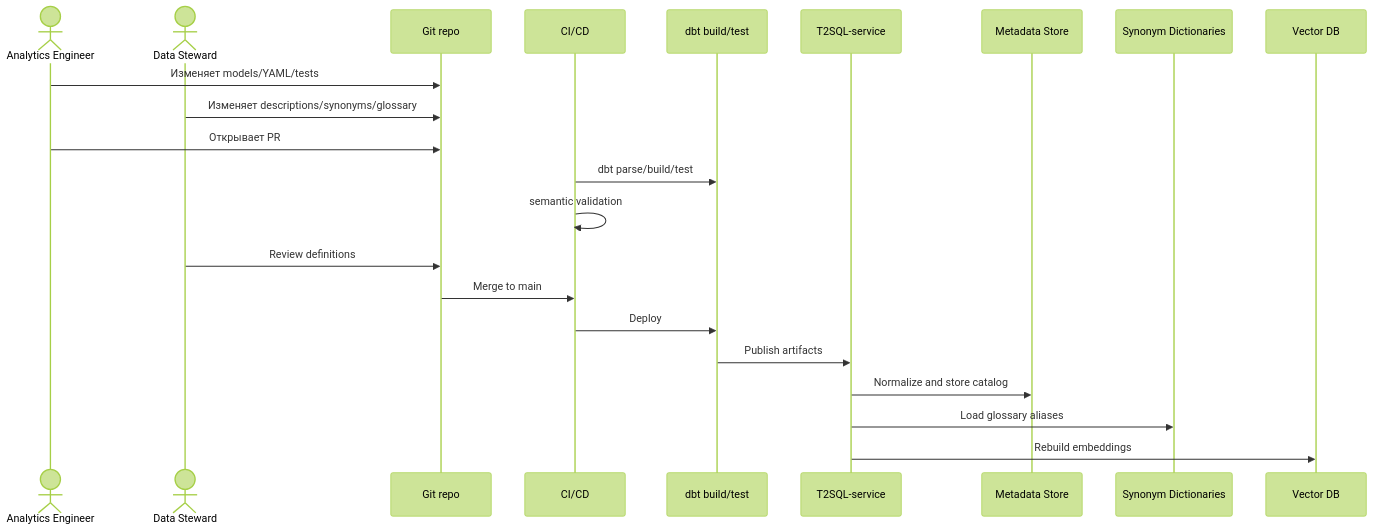
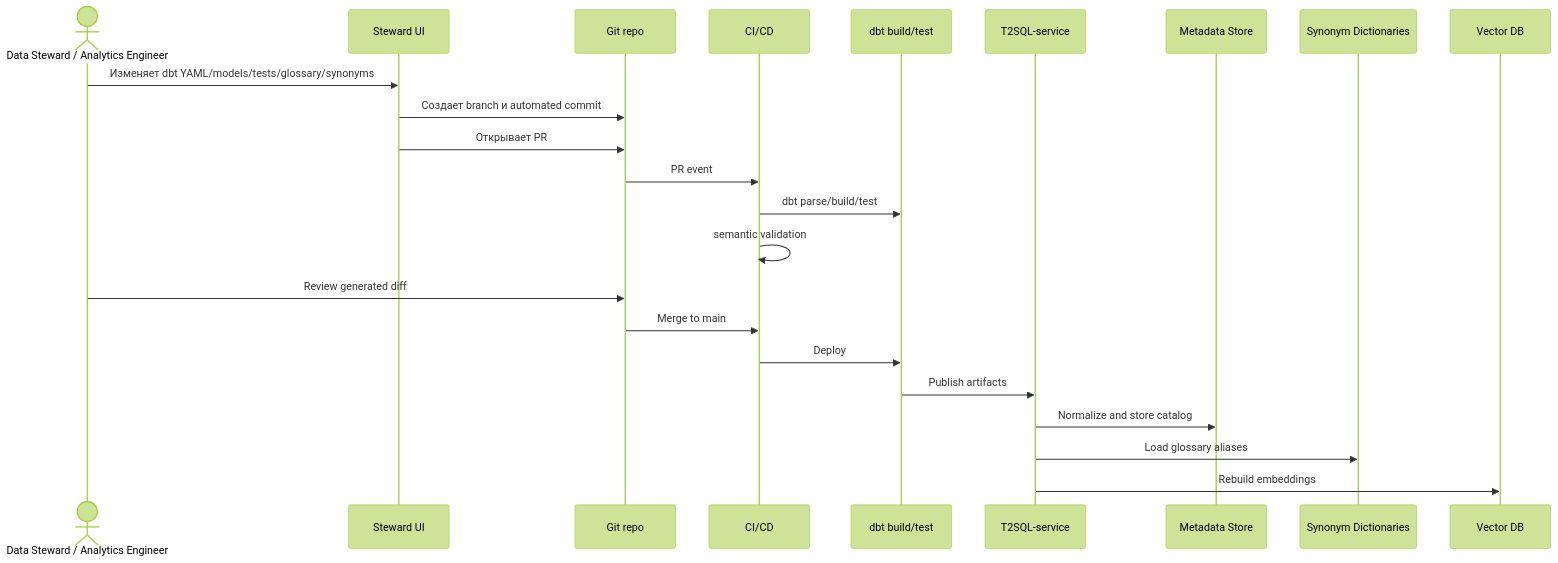
The second of 7 diagrams in docs/integration-scenarios.md (MikeYu123/texttosql), drawn with Mermaid (forest theme) before and after one commit. The commit also changed other lines of this file and 1 other file, not shown here.

Commit message:
Unify steward and analytics engineer workflows

````diff
--- a/docs/integration-scenarios.md
+++ b/docs/integration-scenarios.md
@@ -31,25 +31,26 @@
 ```mermaid
 sequenceDiagram
-    actor AE as Analytics Engineer
-    actor Steward as Data Steward
+    actor Steward as Data Steward / Analytics Engineer
+    participant StewardUI as Steward UI
     participant Git as Git repo
     participant CI as CI/CD
     participant dbt as dbt build/test
     participant T2SQL as T2SQL-service
     participant Metadata as Metadata Store
     participant Synonyms as Synonym Dictionaries
     participant VectorDB as Vector DB
 
-    AE->>Git: Изменяет models/YAML/tests
-    Steward->>Git: Изменяет descriptions/synonyms/glossary
-    AE->>Git: Открывает PR
+    Steward->>StewardUI: Изменяет dbt YAML/models/tests/glossary/synonyms
+    StewardUI->>Git: Создает branch и automated commit
+    StewardUI->>Git: Открывает PR
+    Git->>CI: PR event
     CI->>dbt: dbt parse/build/test
     CI->>CI: semantic validation
-    Steward->>Git: Review definitions
+    Steward->>Git: Review generated diff
     Git->>CI: Merge to main
     CI->>dbt: Deploy
     dbt->>T2SQL: Publish artifacts
     T2SQL->>Metadata: Normalize and store catalog
     T2SQL->>Synonyms: Load glossary aliases
     T2SQL->>VectorDB: Rebuild embeddings
 ```
````
